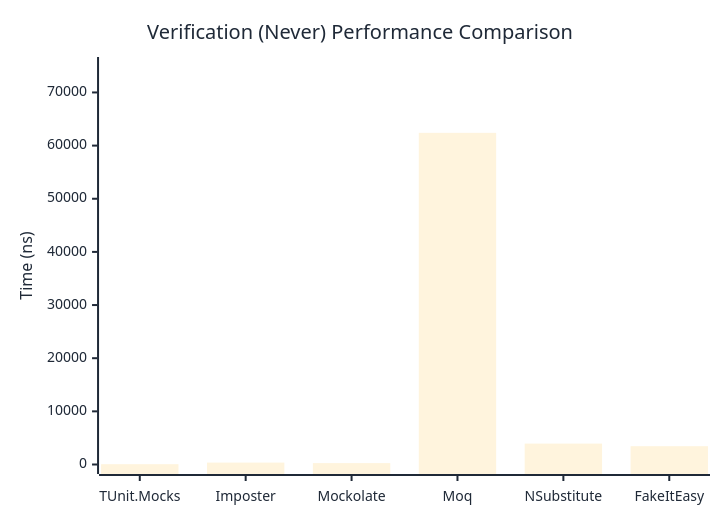
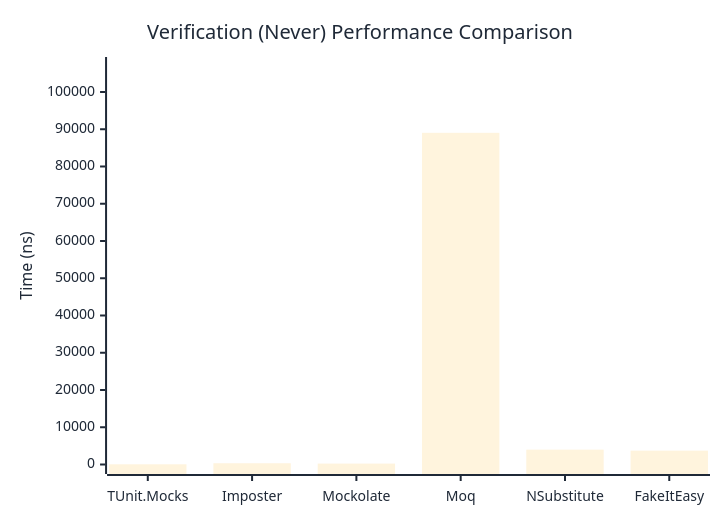
One commit to thomhurst/TUnit changed the second of 3 diagrams in docs/docs/benchmarks/mocks/Verification.md. Above: the diagram before and after it, drawn with Mermaid. The commit also changed other lines of this file and 14 other files, not shown here.

````diff
--- a/docs/docs/benchmarks/mocks/Verification.md
+++ b/docs/docs/benchmarks/mocks/Verification.md
@@ -71,27 +71,27 @@
 ```mermaid
 %%{init: {
   'theme':'base',
   'themeVariables': {
     'primaryColor': '#2563eb',
     'primaryTextColor': '#1f2937',
     'primaryBorderColor': '#1e40af',
     'lineColor': '#6b7280',
     'secondaryColor': '#7c3aed',
     'tertiaryColor': '#dc2626',
     'background': '#ffffff',
     'pie1': '#2563eb',
     'pie2': '#7c3aed',
     'pie3': '#dc2626',
     'pie4': '#f59e0b',
     'pie5': '#10b981',
     'pie6': '#06b6d4',
     'pie7': '#ec4899',
     'pie8': '#6366f1'
   }
 }}%%
 xychart-beta
   title "Verification (Never) Performance Comparison"
   x-axis ["TUnit.Mocks", "Imposter", "Mockolate", "Moq", "NSubstitute", "FakeItEasy"]
-  y-axis "Time (ns)" 0 --> 74882
-  bar [57.73, 359.6, 263.44, 62401.04, 3933.09, 3442.92]
+  y-axis "Time (ns)" 0 --> 106842
+  bar [53.26, 337.8, 244.92, 89034.99, 3984.18, 3722.7]
 ```
````
